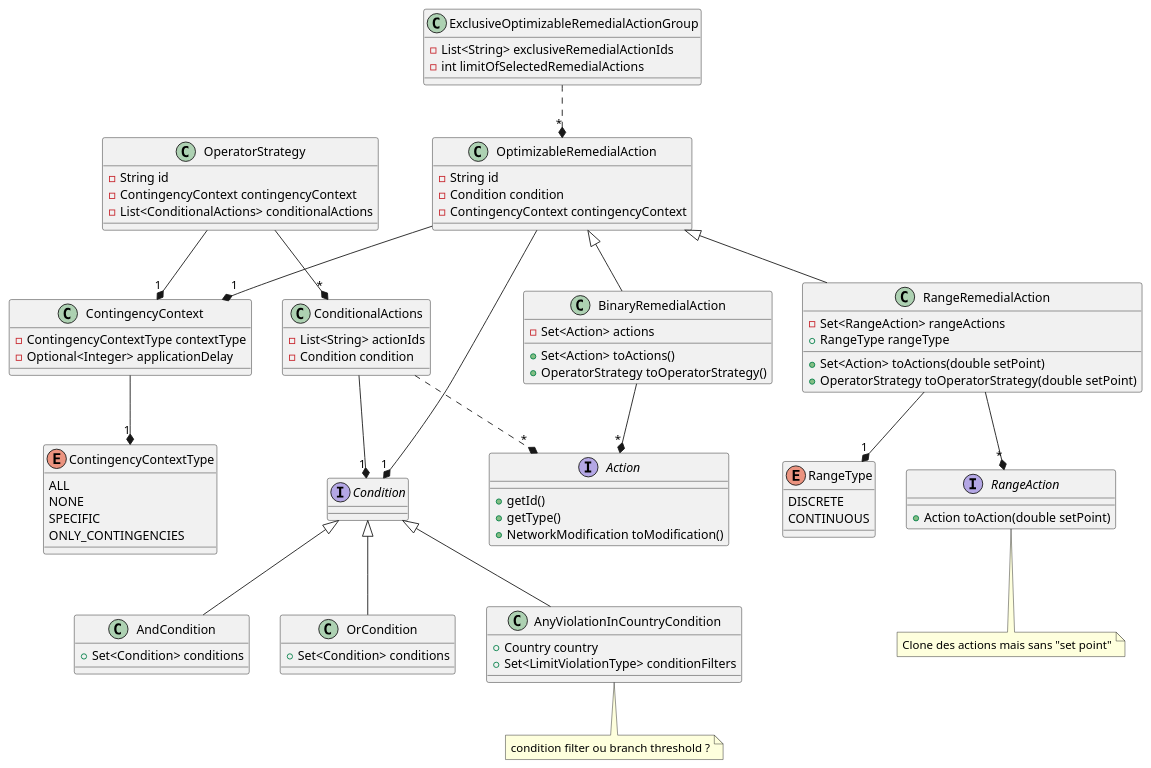
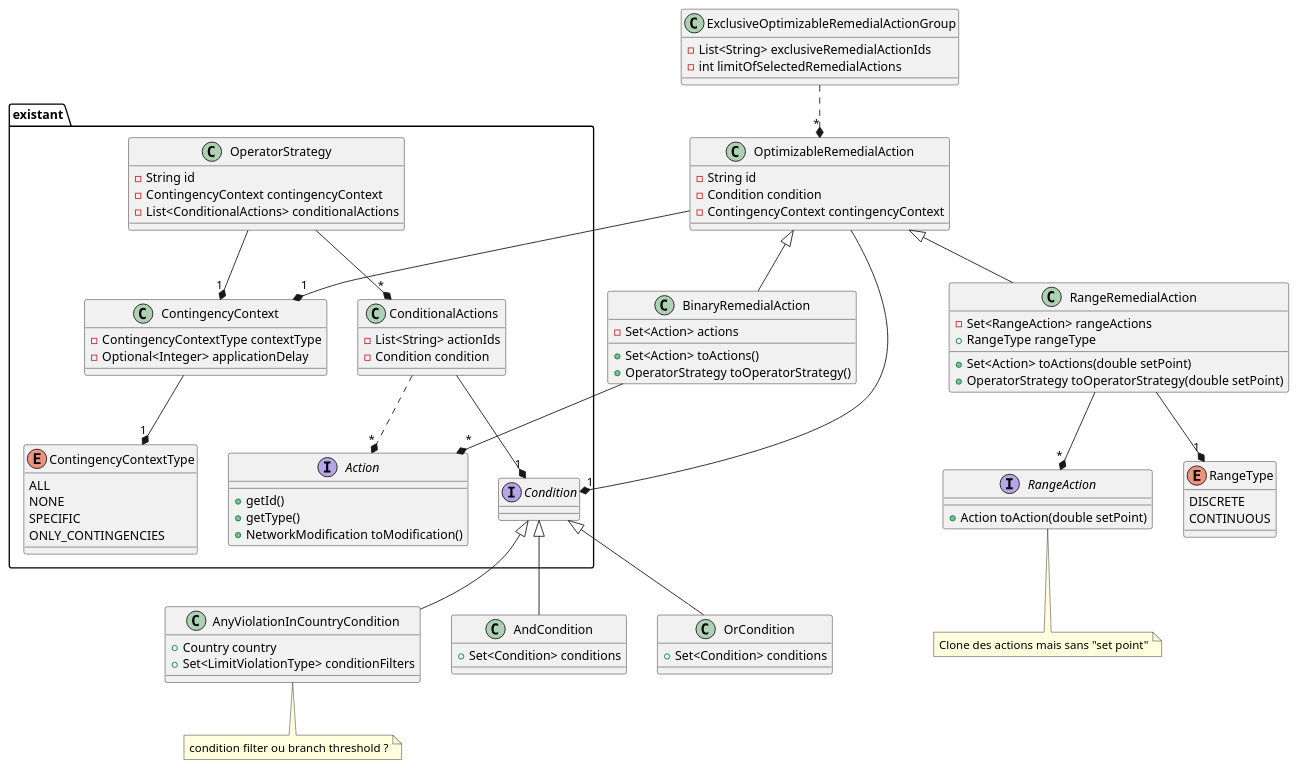
The diagram in docs/simulation/security/operatorStrategy_simple_future.puml (powsybl/powsybl-core), drawn with PlantUML before and after one commit.

Commit message:
Add namespace

```diff
--- a/docs/simulation/security/operatorStrategy_simple_future.puml
+++ b/docs/simulation/security/operatorStrategy_simple_future.puml
@@ -1,101 +1,107 @@
 @startuml
+
+namespace existant {
 
 class OperatorStrategy {
   - String id
   - ContingencyContext contingencyContext
   - List<ConditionalActions> conditionalActions
 }
 OperatorStrategy --* "1" ContingencyContext
 OperatorStrategy --* "*" ConditionalActions
 
 interface Condition
-Condition <|-- AndCondition
-Condition <|-- OrCondition
-Condition <|-- AnyViolationInCountryCondition
-
-class AndCondition {
-  + Set<Condition> conditions
-}
-
-class OrCondition {
-  + Set<Condition> conditions
-}
-
-class AnyViolationInCountryCondition {
- + Country country
- + Set<LimitViolationType> conditionFilters
-}
-
-note bottom: condition filter ou branch threshold ?
-
 
 class ConditionalActions {
   - List<String> actionIds
   - Condition condition
 }
 ConditionalActions ..* "*" Action
 ConditionalActions --* "1" Condition
 
 class ContingencyContext {
   - ContingencyContextType contextType
   - Optional<Integer> applicationDelay
 }
 ContingencyContext --* "1" ContingencyContextType
 
 enum ContingencyContextType {
   ALL
   NONE
   SPECIFIC
   ONLY_CONTINGENCIES
 }
 
 interface Action {
   + getId()
   + getType()
   + NetworkModification toModification()
 }
+
+}
+
+Condition <|-- AndCondition
+Condition <|-- OrCondition
+Condition <|-- AnyViolationInCountryCondition
+
+class AndCondition {
+  + Set<Condition> conditions
+}
+
+class OrCondition {
+  + Set<Condition> conditions
+}
+
+class AnyViolationInCountryCondition {
+ + Country country
+ + Set<LimitViolationType> conditionFilters
+}
+
+note bottom: condition filter ou branch threshold ?
+
+
 
 class OptimizableRemedialAction {
   - String id
   - Condition condition
   - ContingencyContext contingencyContext
 }
 OptimizableRemedialAction --* "1" Condition
 OptimizableRemedialAction --* "1" ContingencyContext
 OptimizableRemedialAction <|-- BinaryRemedialAction
 OptimizableRemedialAction <|-- RangeRemedialAction
 
 class BinaryRemedialAction {
   - Set<Action> actions
   + Set<Action> toActions()
   + OperatorStrategy toOperatorStrategy()
 }
 BinaryRemedialAction --* "*" Action
 
 class RangeRemedialAction {
   - Set<RangeAction> rangeActions
   + RangeType rangeType
   + Set<Action> toActions(double setPoint)
   + OperatorStrategy toOperatorStrategy(double setPoint)
 }
 RangeRemedialAction --* "*" RangeAction
 RangeRemedialAction --* "1" RangeType
 
 enum RangeType {
   DISCRETE
   CONTINUOUS
 }
 
 interface RangeAction {
   + Action toAction(double setPoint)
 }
 note bottom: Clone des actions mais sans "set point"
 
 class ExclusiveOptimizableRemedialActionGroup {
   - List<String> exclusiveRemedialActionIds
   - int limitOfSelectedRemedialActions
 }
 ExclusiveOptimizableRemedialActionGroup ..* "*" OptimizableRemedialAction
 
 
 @enduml
```
